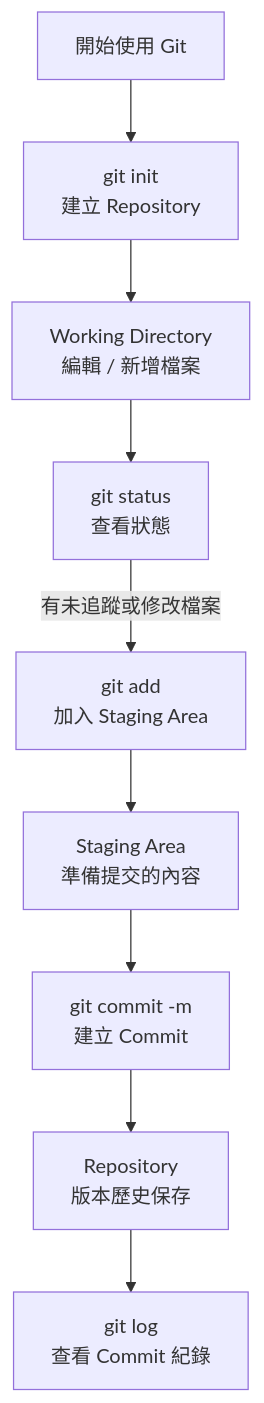
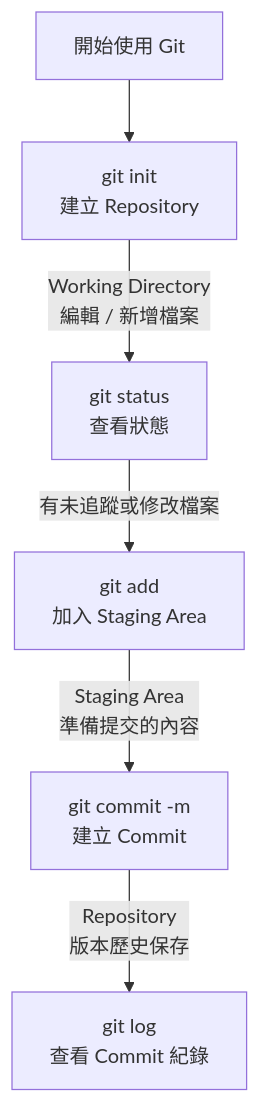
The diagram in 2.基本使用.md (billshin/Git_Learn), drawn with Mermaid before and after one commit. The commit also changed 1 other file, not shown here.

Commit message:
doc: content fix

````diff
--- a/2.基本使用.md
+++ b/2.基本使用.md
@@ -65,16 +65,14 @@
 ```mermaid
 flowchart TD
     A[開始使用 Git] --> B[git init<br/>建立 Repository]
-    B --> C[Working Directory<br/>編輯 / 新增檔案]
-    C --> D[git status<br/>查看狀態]
+    
+    B--> |Working Directory<br/>編輯 / 新增檔案|D[git status<br/>查看狀態]
 
     D -->|有未追蹤或修改檔案| E[git add<br/>加入 Staging Area]
-    E --> F[Staging Area<br/>準備提交的內容]
+    
+    E --> |Staging Area<br/>準備提交的內容|G[git commit -m<br/>建立 Commit]
 
-    F --> G[git commit -m<br/>建立 Commit]
-    G --> H[Repository<br/>版本歷史保存]
-
-    H --> I[git log<br/>查看 Commit 紀錄]
+    G --> |Repository<br/>版本歷史保存|I[git log<br/>查看 Commit 紀錄]
 
 
 ```
````
